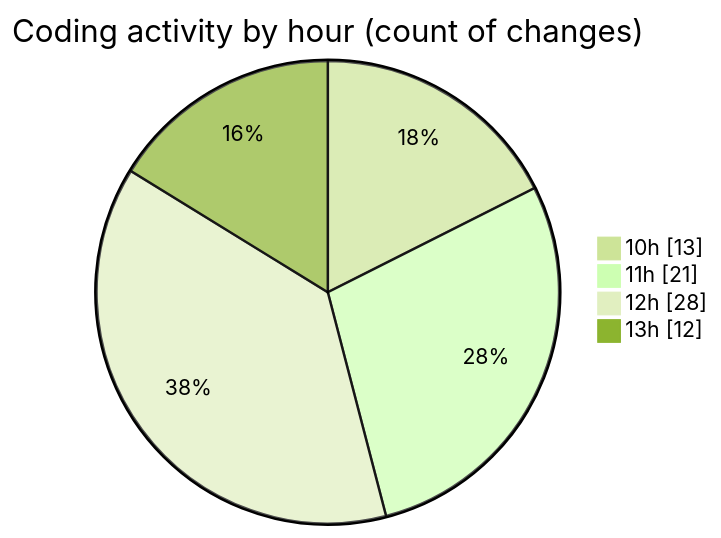
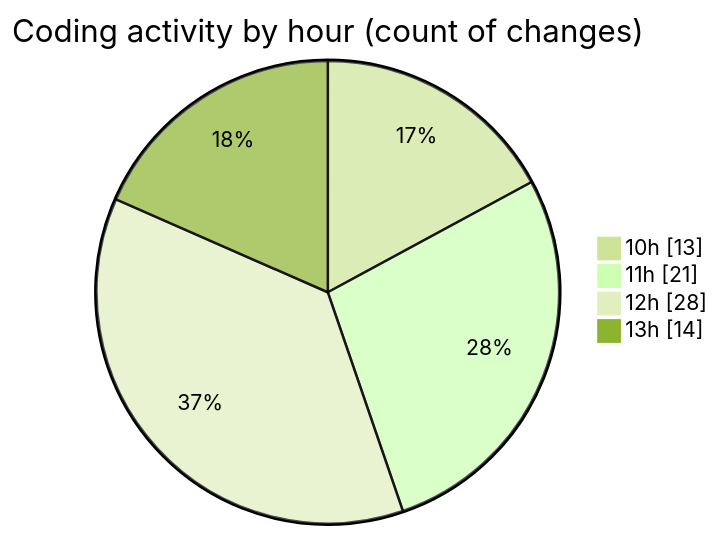
One commit to momahboobian/code-tracking changed the second of 2 diagrams in 2025-06-19/cda/README.md. Above: the diagram before and after it, drawn with Mermaid (forest theme). The commit also changed other lines of this file and 1 other file, not shown here.

````diff
--- a/2025-06-19/cda/README.md
+++ b/2025-06-19/cda/README.md
@@ -40,8 +40,8 @@
 ```mermaid
 pie showData
 title Coding activity by hour (count of changes)
 "10h" : 13
 "11h" : 21
 "12h" : 28
-"13h" : 12
+"13h" : 14
 ```
````
